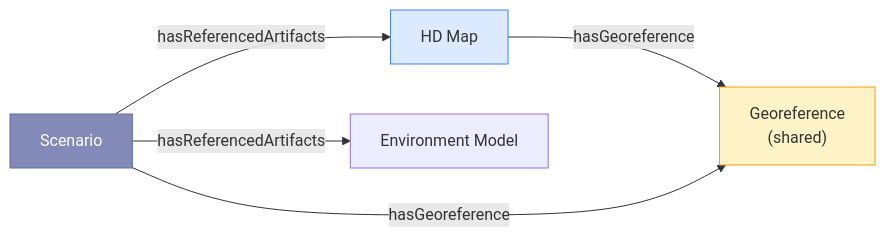
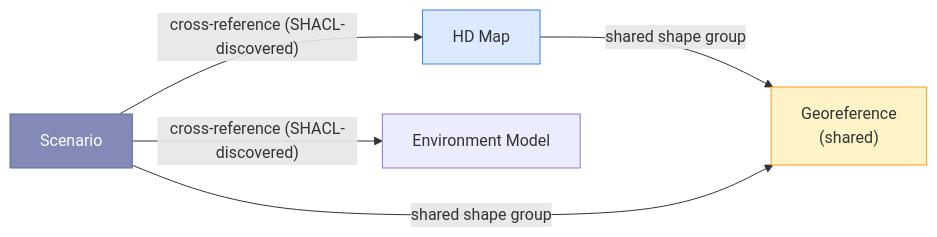
Before and after one commit to ASCS-eV/ontology-based-nl-search: the third of 3 diagrams in apps/docs/ontology.md, drawn with Mermaid. The commit also changed other lines of this file and 7 other files, not shown here.

````diff
--- a/apps/docs/ontology.md
+++ b/apps/docs/ontology.md
@@ -113,11 +113,11 @@
 ```mermaid
 graph LR
-    SC["Scenario"] -->|"hasReferencedArtifacts"| HD["HD Map"]
-    SC -->|"hasReferencedArtifacts"| EM["Environment Model"]
-    HD -->|"hasGeoreference"| GEO["Georeference<br/>(shared)"]
-    SC -->|"hasGeoreference"| GEO
+    SC["Scenario"] -->|"cross-reference (SHACL-discovered)"| HD["HD Map"]
+    SC -->|"cross-reference (SHACL-discovered)"| EM["Environment Model"]
+    HD -->|"shared shape group"| GEO["Georeference<br/>(shared)"]
+    SC -->|"shared shape group"| GEO
 
     style SC fill:#848ab7,stroke:#5a6f9f,color:#fff
     style HD fill:#dbeafe,stroke:#3b82f6
     style GEO fill:#fef3c7,stroke:#f59e0b
 ```
````
